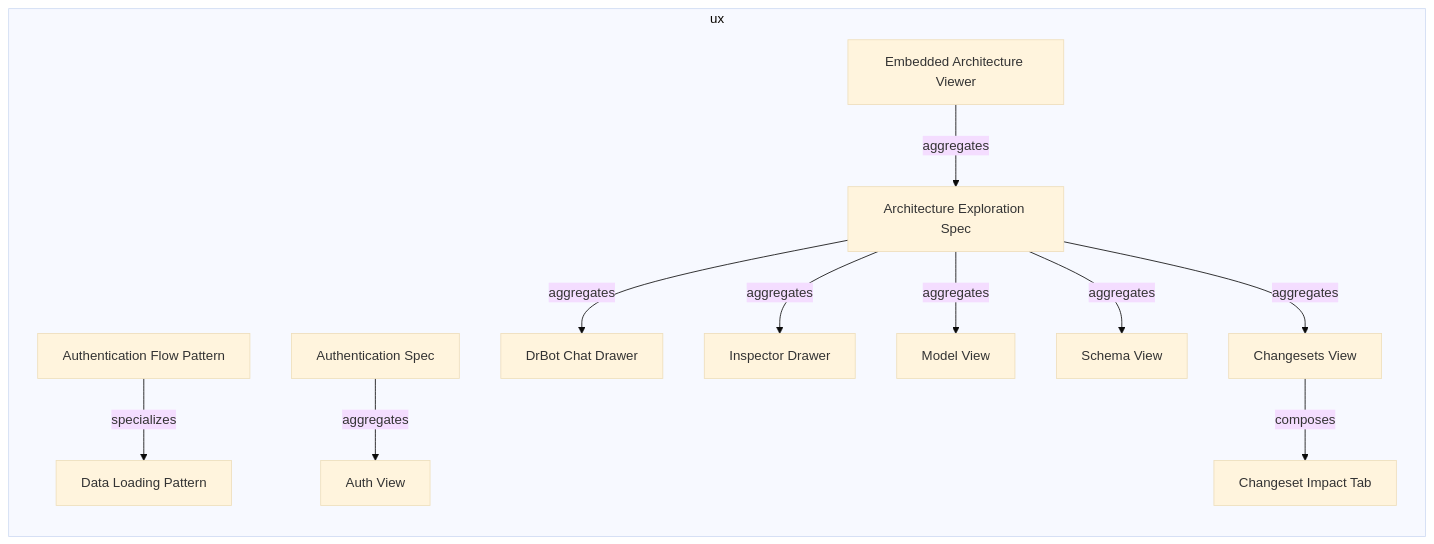
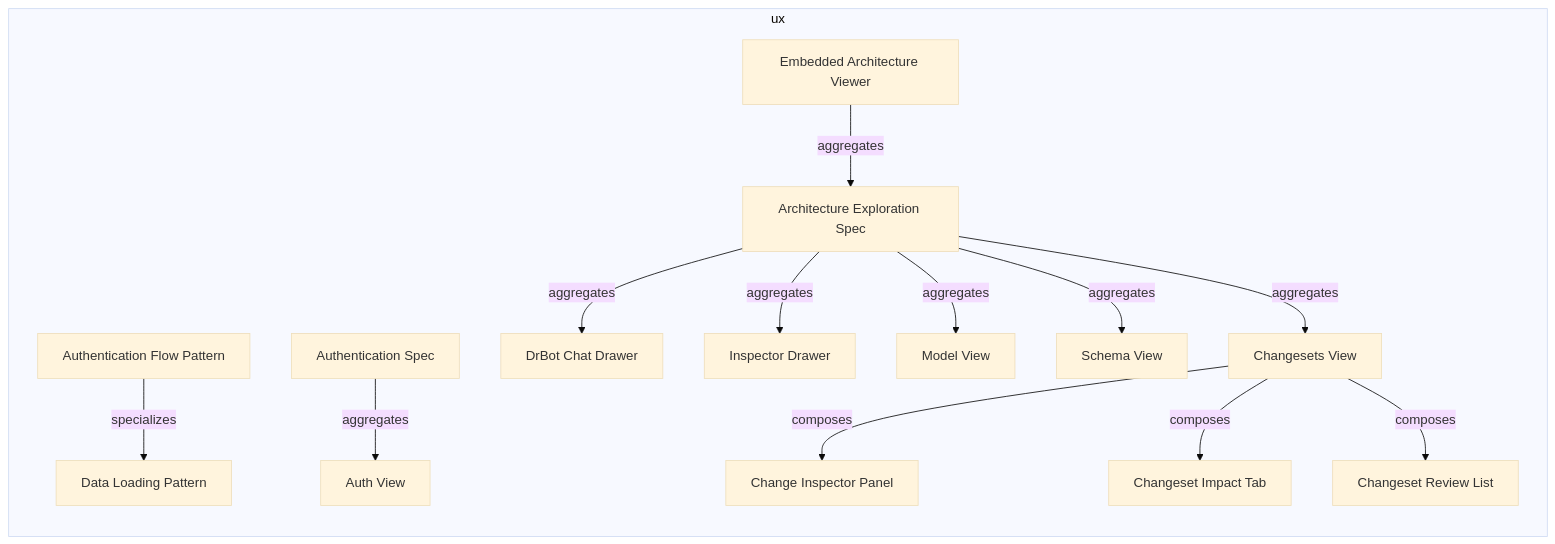
Before and after one commit to tinkermonkey/documentation_robotics_viewer: the first of 2 diagrams in documentation-robotics/reports/10-ux-layer-report.md, drawn with Mermaid (base theme). The commit also changed other lines of this file and 15 other files, not shown here.

First line of the commit message:
chore(dr): land the changeset-review-clarity plan into the model

````diff
--- a/documentation-robotics/reports/10-ux-layer-report.md
+++ b/documentation-robotics/reports/10-ux-layer-report.md
@@ -32,26 +32,30 @@
 ```mermaid
 flowchart LR
   subgraph ux
     ux_statepattern_authentication_flow_pattern["Authentication Flow Pattern"]
     ux_statepattern_data_loading_pattern["Data Loading Pattern"]
+    ux_subview_change_inspector_panel["Change Inspector Panel"]
     ux_subview_changeset_impact_tab["Changeset Impact Tab"]
+    ux_subview_changeset_review_list["Changeset Review List"]
     ux_uxapplication_embedded_architecture_viewer["Embedded Architecture Viewer"]
     ux_uxspec_architecture_exploration_spec["Architecture Exploration Spec"]
     ux_uxspec_authentication_spec["Authentication Spec"]
     ux_view_auth_view["Auth View"]
     ux_view_changesets_view["Changesets View"]
     ux_view_dr_bot_chat_drawer["DrBot Chat Drawer"]
     ux_view_inspector_drawer["Inspector Drawer"]
     ux_view_model_view["Model View"]
     ux_view_schema_view["Schema View"]
     ux_statepattern_authentication_flow_pattern -->|specializes| ux_statepattern_data_loading_pattern
     ux_uxapplication_embedded_architecture_viewer -->|aggregates| ux_uxspec_architecture_exploration_spec
     ux_uxspec_architecture_exploration_spec -->|aggregates| ux_view_changesets_view
     ux_uxspec_architecture_exploration_spec -->|aggregates| ux_view_dr_bot_chat_drawer
     ux_uxspec_architecture_exploration_spec -->|aggregates| ux_view_inspector_drawer
     ux_uxspec_architecture_exploration_spec -->|aggregates| ux_view_model_view
     ux_uxspec_architecture_exploration_spec -->|aggregates| ux_view_schema_view
     ux_uxspec_authentication_spec -->|aggregates| ux_view_auth_view
+    ux_view_changesets_view -->|composes| ux_subview_change_inspector_panel
     ux_view_changesets_view -->|composes| ux_subview_changeset_impact_tab
+    ux_view_changesets_view -->|composes| ux_subview_changeset_review_list
   end
 ```
````
